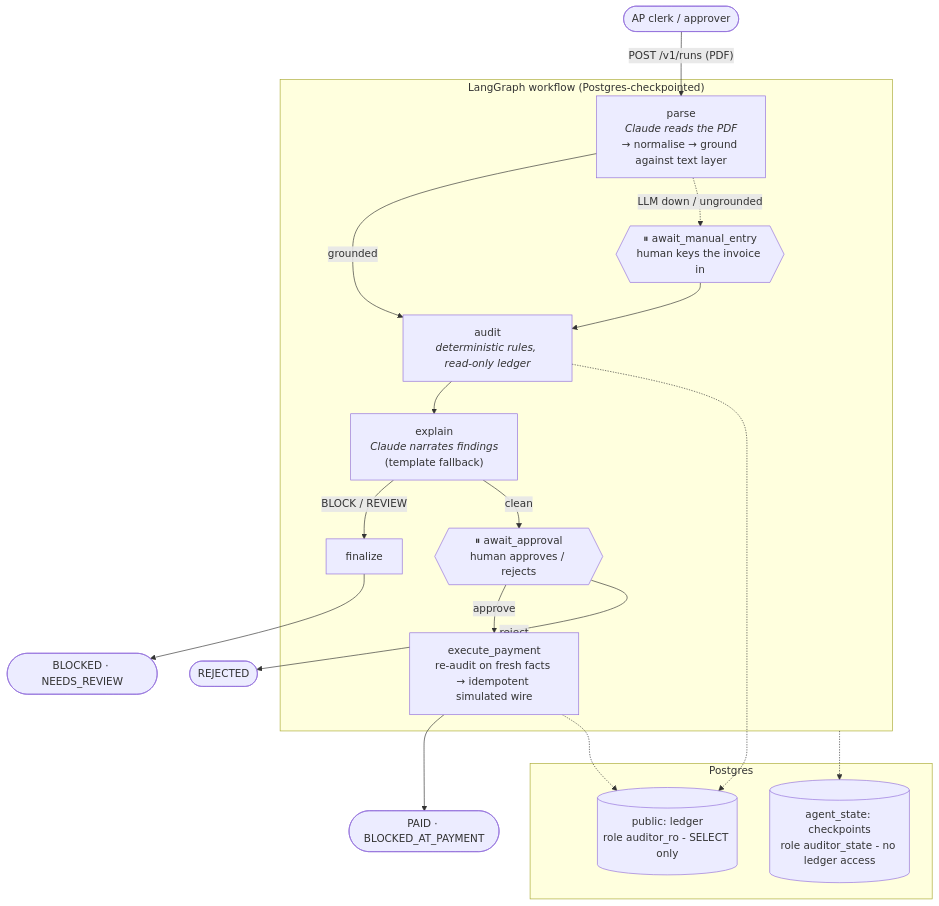
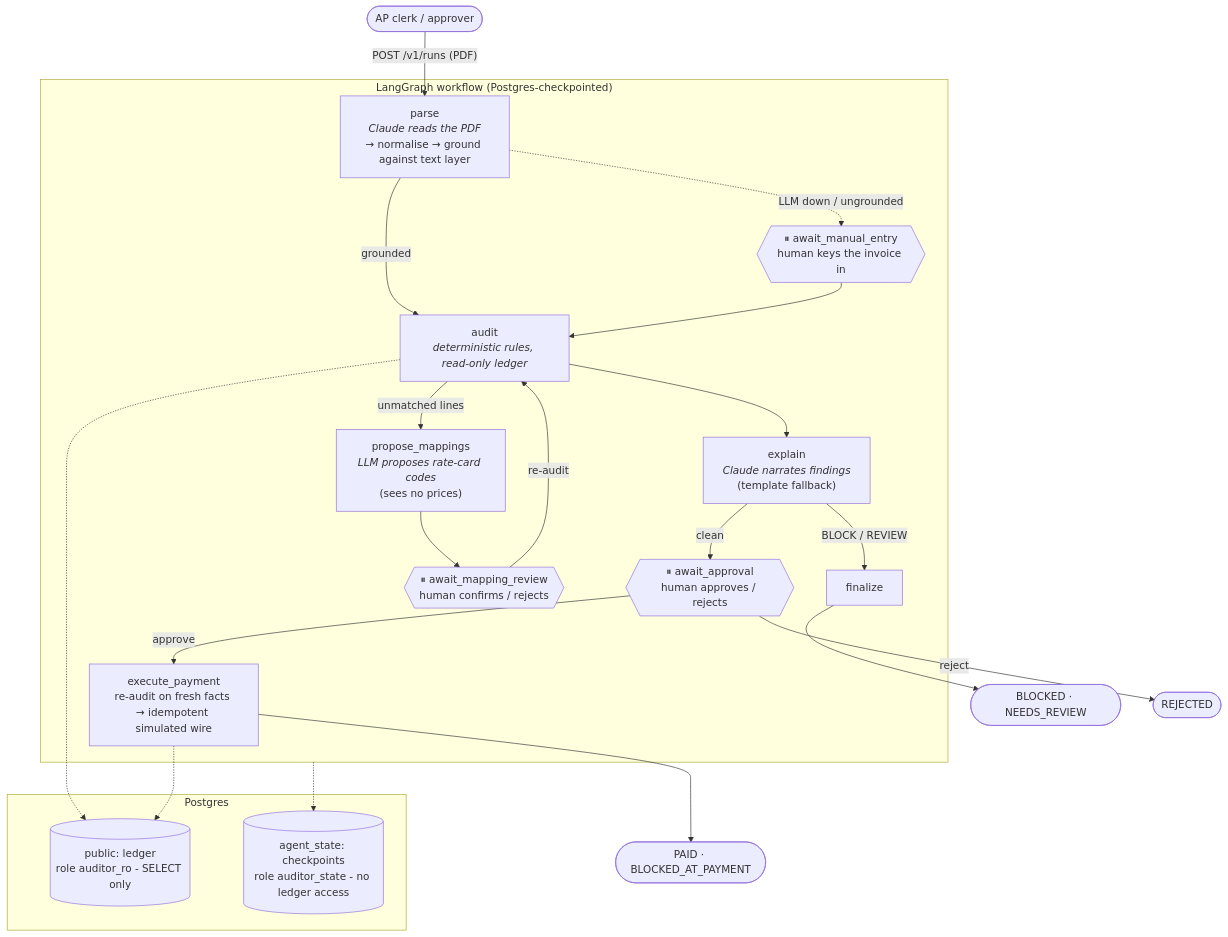
Before and after one commit to zainabbas14/aegis-target-auditor-CICD-harness: the diagram in README.md, drawn with Mermaid. The commit also changed other lines of this file and 26 other files, not shown here.

Commit message:
feat(agents): line-item mapping review cycle; CUAD clause eval + results

````diff
--- a/README.md
+++ b/README.md
@@ -70,32 +72,35 @@
 ```mermaid
 flowchart TD
     U([AP clerk / approver]) -->|"POST /v1/runs (PDF)"| P
 
     subgraph G["LangGraph workflow (Postgres-checkpointed)"]
         P["parse<br/><i>Claude reads the PDF</i><br/>→ normalise → ground against text layer"]
         M{{"⏸ await_manual_entry<br/>human keys the invoice in"}}
         A["audit<br/><i>deterministic rules, read-only ledger</i>"]
         E["explain<br/><i>Claude narrates findings</i><br/>(template fallback)"]
         F[finalize]
         H{{"⏸ await_approval<br/>human approves / rejects"}}
         X["execute_payment<br/>re-audit on fresh facts → idempotent simulated wire"]
         P -->|grounded| A
         P -.->|"LLM down / ungrounded"| M --> A
+        PM["propose_mappings<br/><i>LLM proposes rate-card codes</i><br/>(sees no prices)"]
+        MR{{"⏸ await_mapping_review<br/>human confirms / rejects"}}
+        A -->|"unmatched lines"| PM --> MR -->|"re-audit"| A
         A --> E
         E -->|"BLOCK / REVIEW"| F
         E -->|clean| H
         H -->|approve| X
     end
 
     F --> R1([BLOCKED · NEEDS_REVIEW])
     H -->|reject| R2([REJECTED])
     X --> R3([PAID · BLOCKED_AT_PAYMENT])
 
     subgraph DB["Postgres"]
         L[("public: ledger<br/>role auditor_ro - SELECT only")]
         S[("agent_state: checkpoints<br/>role auditor_state - no ledger access")]
     end
     A -.-> L
     X -.-> L
     G -.-> S
 ```
````
